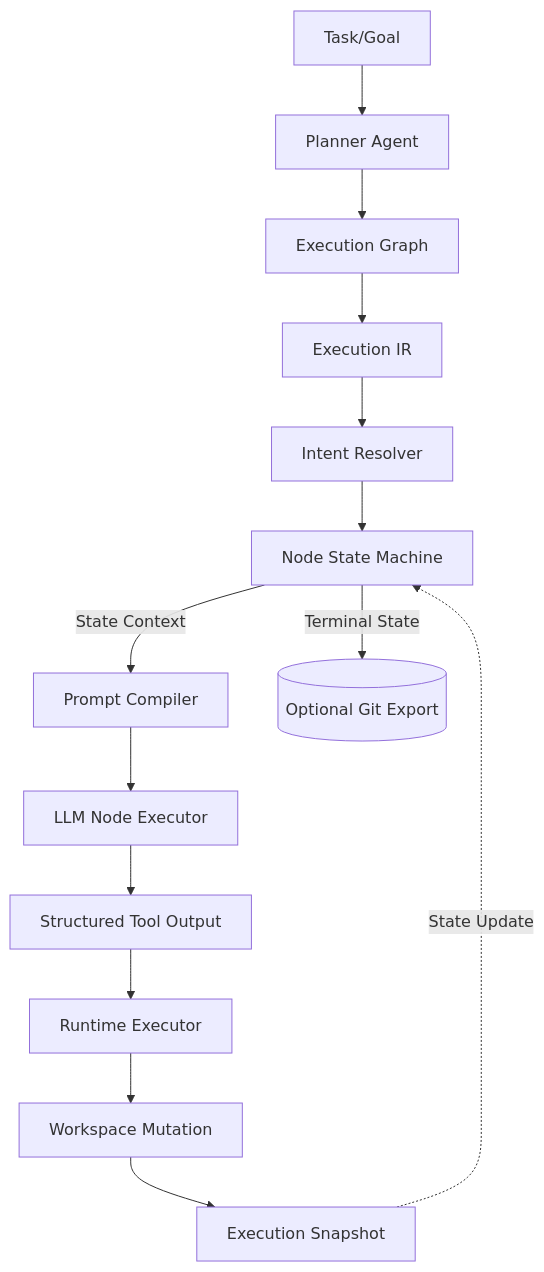
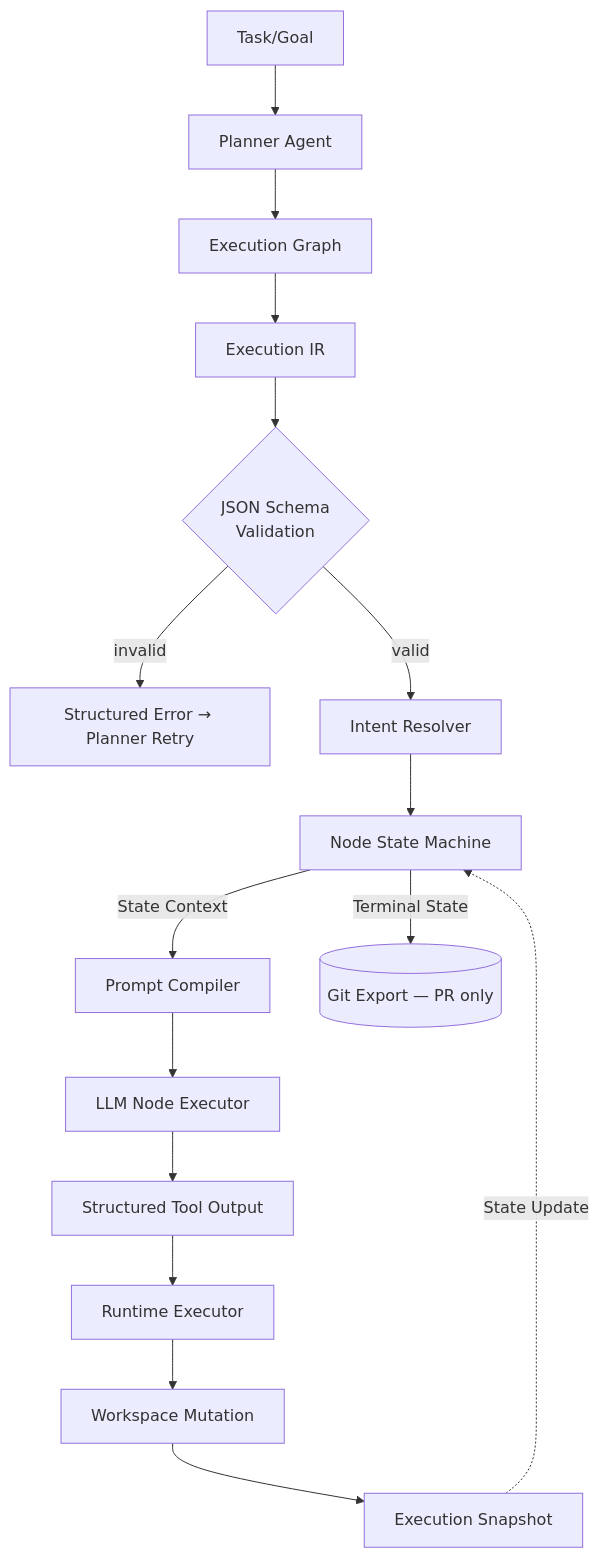
The first of 2 diagrams in docs/openspecs/execution-semantics-2026/design.md (baby-hero-404/auto-dev-os), drawn with Mermaid before and after one commit. The commit also changed other lines of this file and 38 other files, not shown here.

````diff
--- a/docs/openspecs/execution-semantics-2026/design.md
+++ b/docs/openspecs/execution-semantics-2026/design.md
@@ -5,16 +5,18 @@
 ```mermaid
 flowchart TD
     A[Task/Goal] --> B[Planner Agent]
     B --> C[Execution Graph]
     C --> D[Execution IR]
-    D --> E[Intent Resolver]
+    D --> V{JSON Schema<br/>Validation}
+    V -->|invalid| X[Structured Error → Planner Retry]
+    V -->|valid| E[Intent Resolver]
     E --> F[Node State Machine]
     F -->|State Context| G[Prompt Compiler]
     G --> H[LLM Node Executor]
     H --> I[Structured Tool Output]
     I --> J[Runtime Executor]
     J --> K[Workspace Mutation]
     K --> L[Execution Snapshot]
     L -.->|State Update| F
-    F -->|Terminal State| M[(Optional Git Export)]
+    F -->|Terminal State| M[(Git Export — PR only)]
 ```
````
